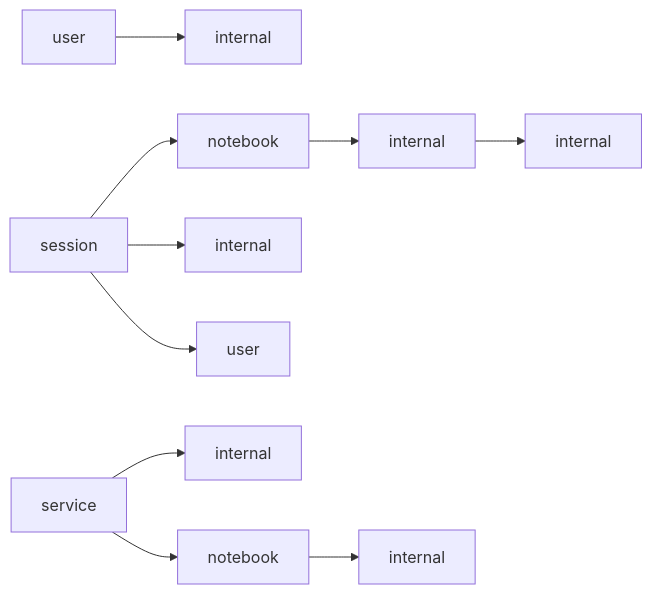
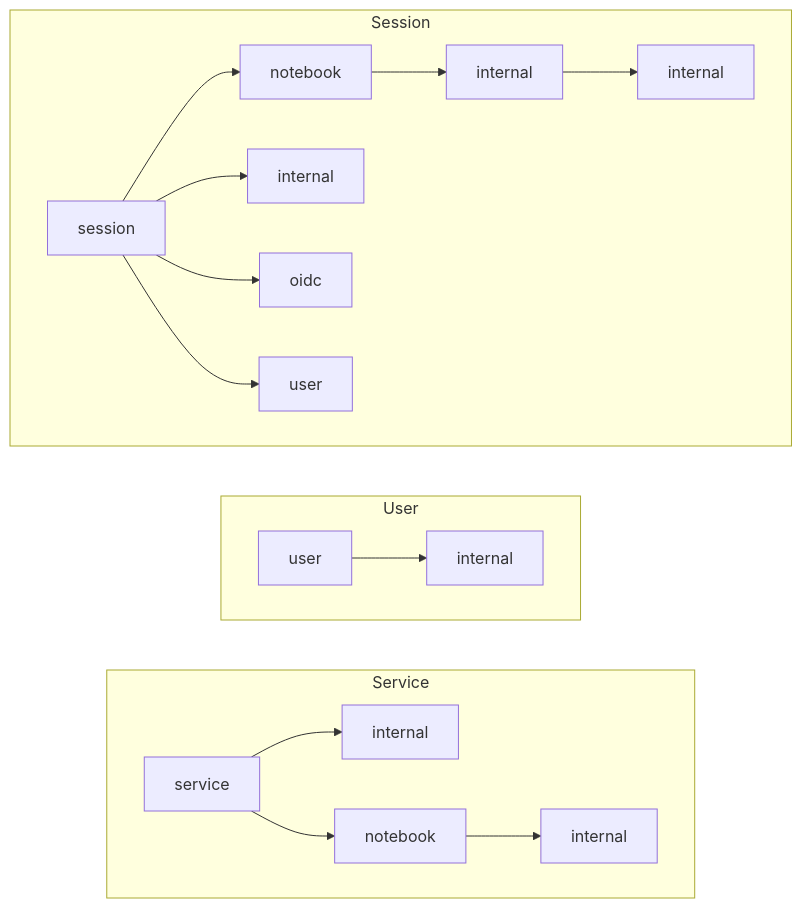
Before and after one commit to lsst-dm/dmtn-234: the diagram in tokens.mmd, drawn with Mermaid. The commit also changed 1 other file, not shown here.

Commit message:
Document new oidc token type
Access tokens returned by OpenID Connect are now proper Gafaelfawr
tokens of type oidc. Fix the generation of the token hierarchy
graph to preserve the order, although alas this makes it a bit
uglier.

```diff
--- a/tokens.mmd
+++ b/tokens.mmd
@@ -1,22 +1,35 @@
-graph LR
+graph TB
     session
     internal_a[internal]
     internal_b[internal]
     internal_c[internal]
     internal_d[internal]
     internal_e[internal]
     internal_f[internal]
     notebook_a[notebook]
     notebook_b[notebook]
     user_a[user]
     user_b[user]
     service
+    oidc
 
-    session --> notebook_a --> internal_a --> internal_f
-    session --> internal_b
-    session --> user_a
+    subgraph Session
+        direction LR
+        session --> notebook_a --> internal_a --> internal_f
+        session --> internal_b
+        session --> oidc
+        session --> user_a
+    end
 
-    user_b --> internal_c
+    subgraph User
+        direction LR
+        user_b --> internal_c
+    end
 
-    service --> internal_d
-    service --> notebook_b --> internal_e
+    subgraph Service
+        direction LR
+        service --> internal_d
+        service --> notebook_b --> internal_e
+    end
+
+    Session ~~~ User ~~~ Service
```
